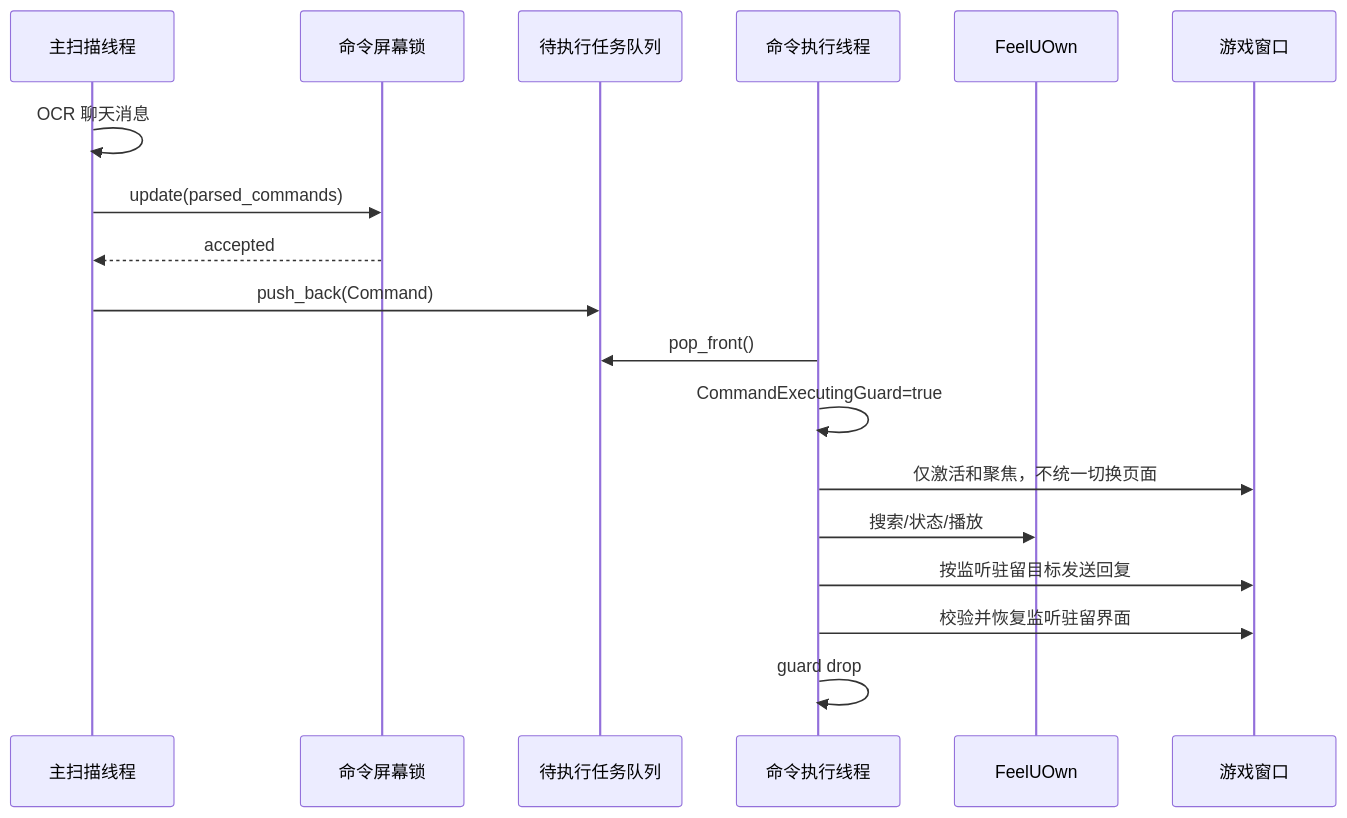
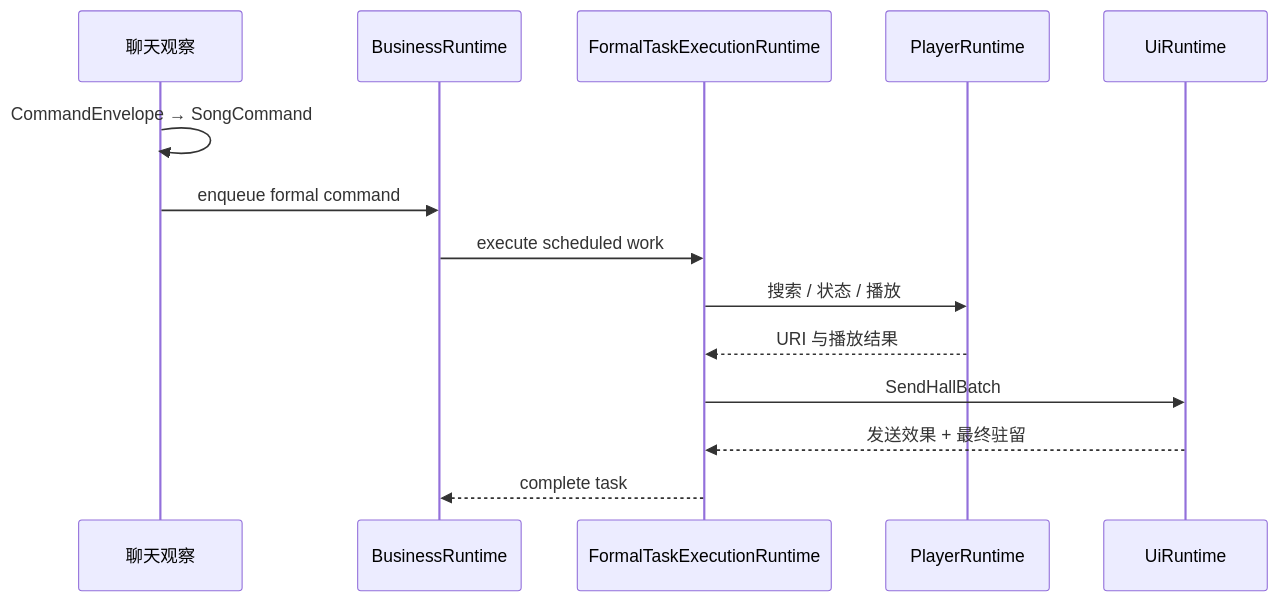
One commit to XingNian-www/Miliastra-Wonderland-Music changed the third of 3 diagrams in docs/executor-flow.md. Above: the diagram before and after it, drawn with Mermaid. The commit also changed other lines of this file and 105 other files, not shown here.

Commit message:
refactor: finish v2 architecture migration

````diff
--- a/docs/executor-flow.md
+++ b/docs/executor-flow.md
@@ -255,21 +201,17 @@
 ```mermaid
 sequenceDiagram
-    participant Scan as 主扫描线程
-    participant Lock as 命令屏幕锁
-    participant Pending as 待执行任务队列
-    participant Exec as 命令执行线程
-    participant Fuo as FeelUOwn
-    participant Game as 游戏窗口
+    participant Scan as 聊天观察
+    participant Business as BusinessRuntime
+    participant App as FormalTaskExecutionRuntime
+    participant Player as PlayerRuntime
+    participant UI as UiRuntime
 
-    Scan->>Scan: OCR 聊天消息
-    Scan->>Lock: update(parsed_commands)
-    Lock-->>Scan: accepted
-    Scan->>Pending: push_back(Command)
-    Exec->>Pending: pop_front()
-    Exec->>Exec: CommandExecutingGuard=true
-    Exec->>Game: 仅激活和聚焦，不统一切换页面
-    Exec->>Fuo: 搜索/状态/播放
-    Exec->>Game: 按监听驻留目标发送回复
-    Exec->>Game: 校验并恢复监听驻留界面
-    Exec->>Exec: guard drop
+    Scan->>Scan: CommandEnvelope → SongCommand
+    Scan->>Business: enqueue formal command
+    Business->>App: execute scheduled work
+    App->>Player: 搜索 / 状态 / 播放
+    Player-->>App: URI 与播放结果
+    App->>UI: SendHallBatch
+    UI-->>App: 发送效果 + 最终驻留
+    App-->>Business: complete task
 ```
````
